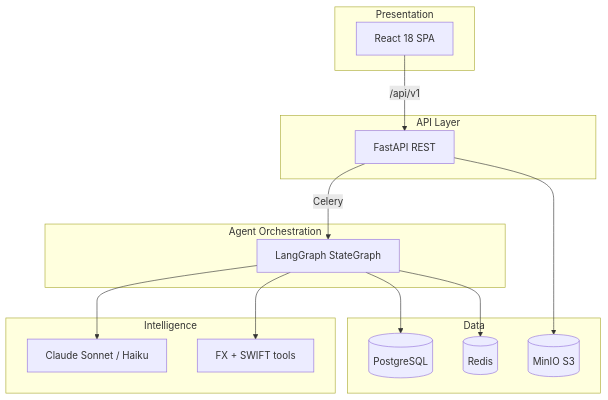
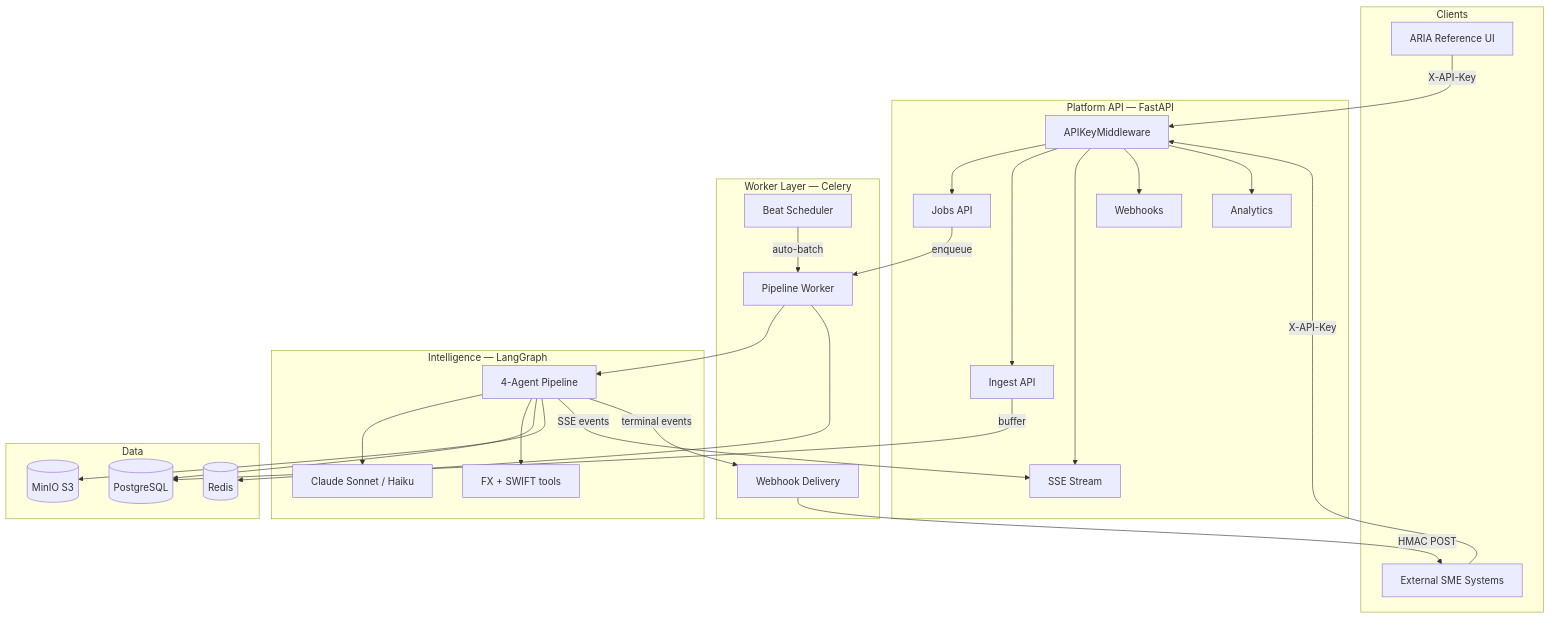
One commit to adamchok/Aria changed the first of 2 diagrams in docs/architecture.md. Above: the diagram before and after it, drawn with Mermaid. The commit also changed other lines of this file and 48 other files, not shown here.

First line of the commit message:
feat(platform): implement multi-tenant API platform with SSE, webhooks, ingestion, and enterprise UI

````diff
--- a/docs/architecture.md
+++ b/docs/architecture.md
@@ -22,28 +22,41 @@
 ```mermaid
 flowchart TB
-  subgraph presentation [Presentation]
-    UI[React 18 SPA]
+  subgraph clients [Clients]
+    UI[ARIA Reference UI]
+    SME[External SME Systems]
   end
-  subgraph api [API Layer]
-    FAST[FastAPI REST]
+  subgraph platform [Platform API — FastAPI]
+    AUTH[APIKeyMiddleware]
+    JOBS[Jobs API]
+    INGEST[Ingest API]
+    SSE[SSE Stream]
+    WH[Webhooks]
+    AN[Analytics]
   end
-  subgraph orchestration [Agent Orchestration]
-    LG[LangGraph StateGraph]
+  subgraph workers [Worker Layer — Celery]
+    WORKER[Pipeline Worker]
+    BEAT[Beat Scheduler]
+    WH_TASK[Webhook Delivery]
   end
-  subgraph intelligence [Intelligence]
+  subgraph intelligence [Intelligence — LangGraph]
+    LG[4-Agent Pipeline]
     LLM[Claude Sonnet / Haiku]
     FX[FX + SWIFT tools]
   end
   subgraph data [Data]
     PG[(PostgreSQL)]
     RD[(Redis)]
     S3[(MinIO S3)]
   end
-  UI -->|/api/v1| FAST
-  FAST -->|Celery| LG
-  LG --> LLM
-  LG --> FX
-  LG --> PG
-  FAST --> S3
-  LG --> RD
+  UI & SME -->|X-API-Key| AUTH
+  AUTH --> JOBS & INGEST & SSE & WH & AN
+  INGEST -->|buffer| PG
+  BEAT -->|auto-batch| WORKER
+  JOBS -->|enqueue| WORKER
+  WORKER --> LG
+  LG --> LLM & FX & PG & S3
+  LG -->|SSE events| SSE
+  LG -->|terminal events| WH_TASK
+  WH_TASK -->|HMAC POST| SME
+  WORKER --> RD
 ```
````
